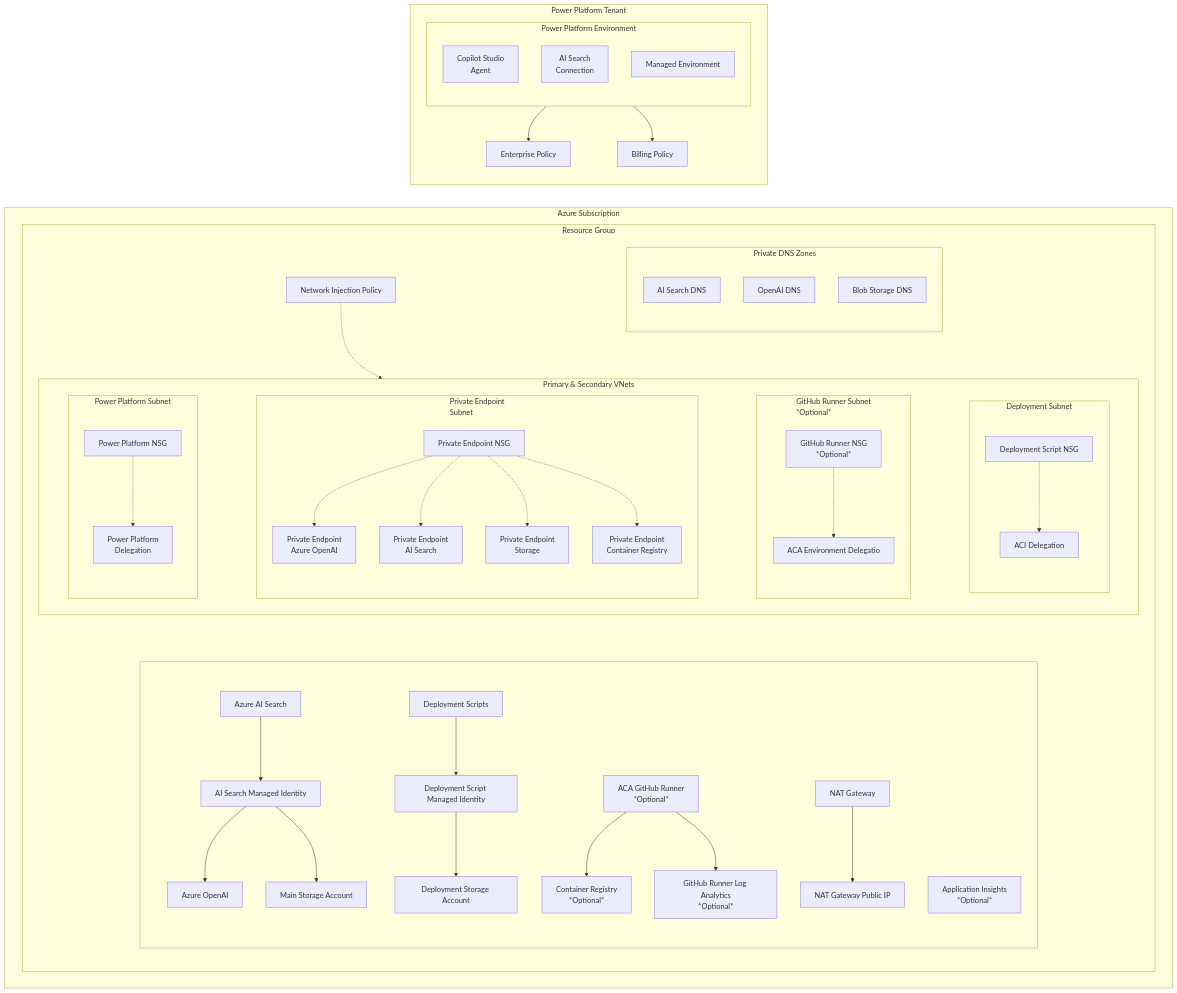
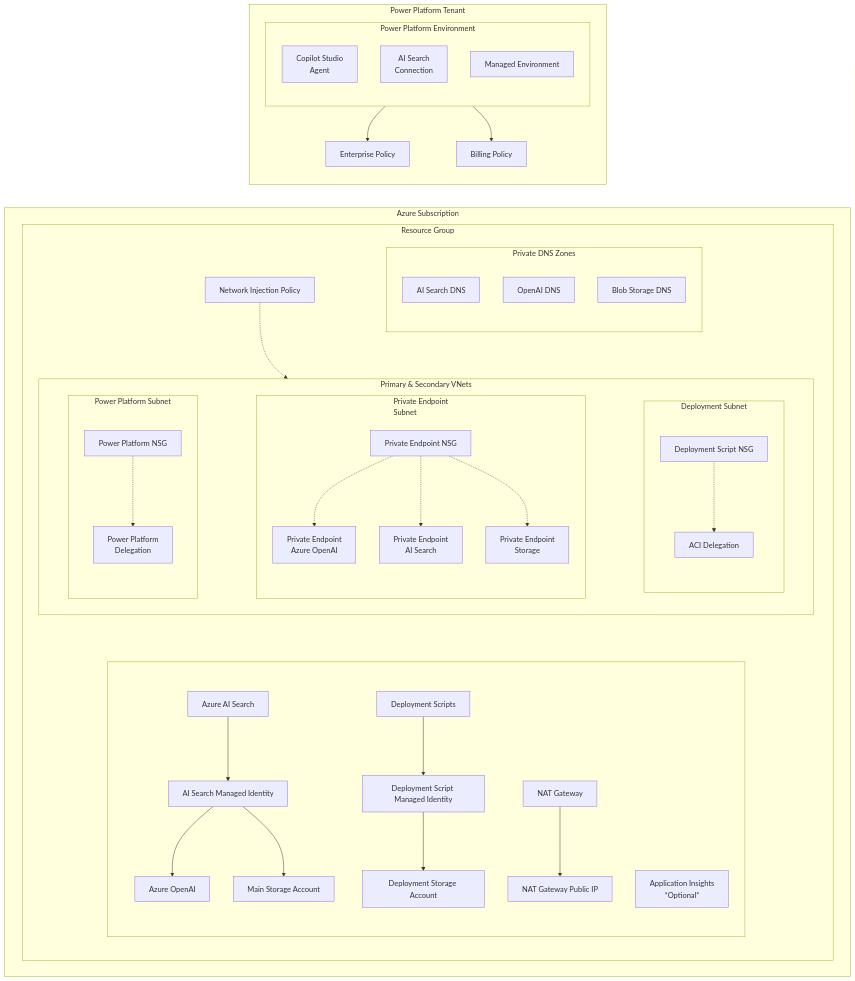
The first of 4 diagrams in docs/security_considerations.md (Azure-Samples/Copilot-Studio-with-Azure-AI-Search), drawn with Mermaid before and after one commit.

````diff
--- a/docs/security_considerations.md
+++ b/docs/security_considerations.md
@@ -95,21 +95,14 @@
                     DS_Delegation[ACI Delegation]
                     DS_NSG -.-> DS_Delegation
                 end
-                subgraph GHR_Subnet[GitHub Runner Subnet<br/>*Optional*]
-                    GHR_NSG[GitHub Runner NSG<br/>*Optional*]
-                    GHR_Delegation[ACA Environment Delegatio]
-                    GHR_NSG -.-> GHR_Delegation
-                end
                 subgraph PE_Subnet[Private Endpoint<br/>Subnet]
                     PE_NSG[Private Endpoint NSG]
                     PE_AOAI[Private Endpoint<br/>Azure OpenAI]
                     PE_AIS[Private Endpoint<br/>AI Search]
                     PE_Storage[Private Endpoint<br/>Storage]
-                    PE_ACR[Private Endpoint<br/>Container Registry]
                     PE_NSG -.-> PE_AOAI
                     PE_NSG -.-> PE_AIS
                     PE_NSG -.-> PE_Storage
-                    PE_NSG -.-> PE_ACR
                 end
             end
             
@@ -119,15 +112,12 @@
                 Storage[Main Storage Account]
                 DSStorage[Deployment Storage Account]
                 AppInsights[Application Insights<br/>*Optional*]
-                ACR[Container Registry<br/>*Optional*]
-                
-                Runner[ACA GitHub Runner<br/>*Optional*]
+
                 NAT[NAT Gateway]
                 NATIP[NAT Gateway Public IP]
                 DS[Deployment Scripts]
                 DSMI[Deployment Script Managed Identity]
                 AISMI[AI Search Managed Identity]
-                RunnerLog[GitHub Runner Log Analytics<br/>*Optional*]
             end
             NIP[Network Injection Policy]
         end
@@ -136,15 +126,13 @@
 
 
     PP ~~~ AZS
-    PP_Subnet ~~~ PE_Subnet ~~~ GHR_Subnet ~~~ DS_Subnet
+    PP_Subnet ~~~ PE_Subnet ~~~ DS_Subnet
     NIP -.-> PVNET ~~~ Resources
     DNS ~~~ PVNET
     AIS --> AISMI
     AISMI --> Storage
     AISMI --> AOAI
     DS --> DSMI --> DSStorage
-    Runner --> ACR
-    Runner --> RunnerLog
     NAT --> NATIP
 
 ```
````
